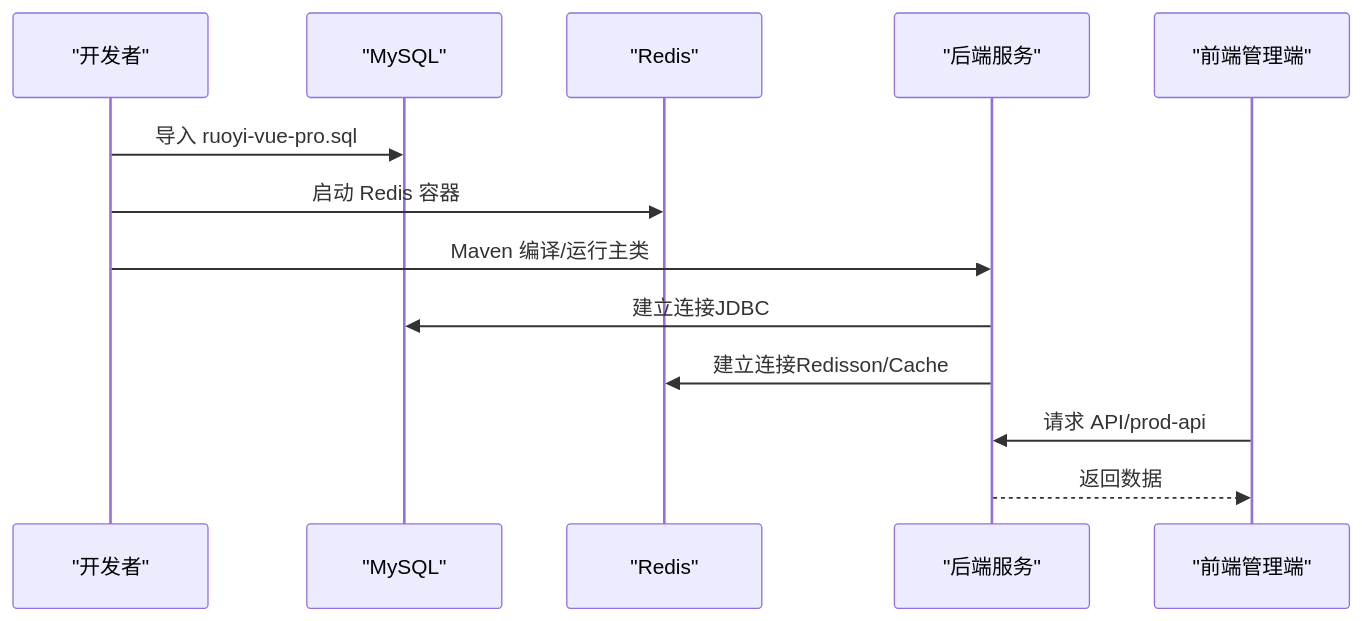
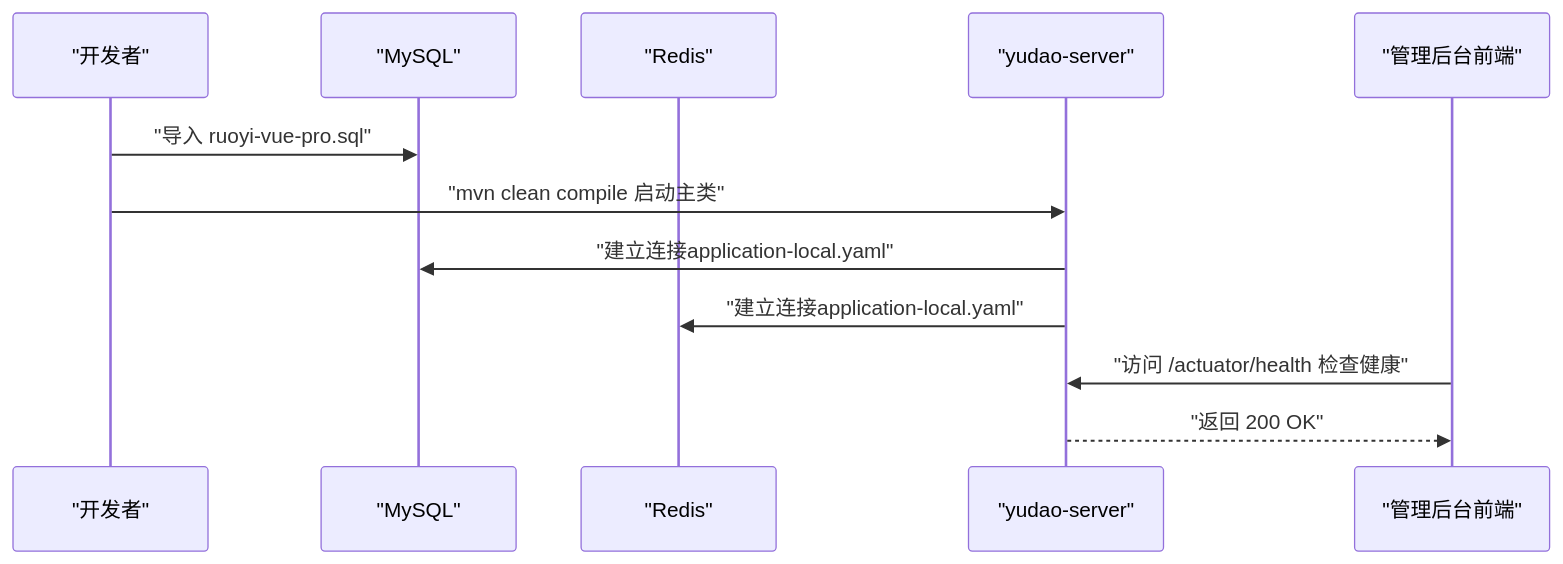
The third of 5 diagrams in .qoder/repowiki/zh/content/快速开始.md (zhuangpengLI/AgenticCPS), drawn with Mermaid before and after one commit. The commit also changed other lines of this file and 293 other files, not shown here.

````diff
--- a/.qoder/repowiki/zh/content/快速开始.md
+++ b/.qoder/repowiki/zh/content/快速开始.md
@@ -126,15 +129,14 @@
 ```mermaid
 sequenceDiagram
 participant Dev as "开发者"
 participant DB as "MySQL"
-participant Cache as "Redis"
-participant Backend as "后端服务"
-participant Frontend as "前端管理端"
-Dev->>DB : 导入 ruoyi-vue-pro.sql
-Dev->>Cache : 启动 Redis 容器
-Dev->>Backend : Maven 编译/运行主类
-Backend->>DB : 建立连接JDBC
-Backend->>Cache : 建立连接Redisson/Cache
-Frontend->>Backend : 请求 API/prod-api
-Backend-->>Frontend : 返回数据
+participant Redis as "Redis"
+participant Server as "yudao-server"
+participant AdminFE as "管理后台前端"
+Dev->>DB : "导入 ruoyi-vue-pro.sql"
+Dev->>Server : "mvn clean compile 启动主类"
+Server->>DB : "建立连接application-local.yaml"
+Server->>Redis : "建立连接application-local.yaml"
+AdminFE->>Server : "访问 /actuator/health 检查健康"
+Server-->>AdminFE : "返回 200 OK"
 ```
````
